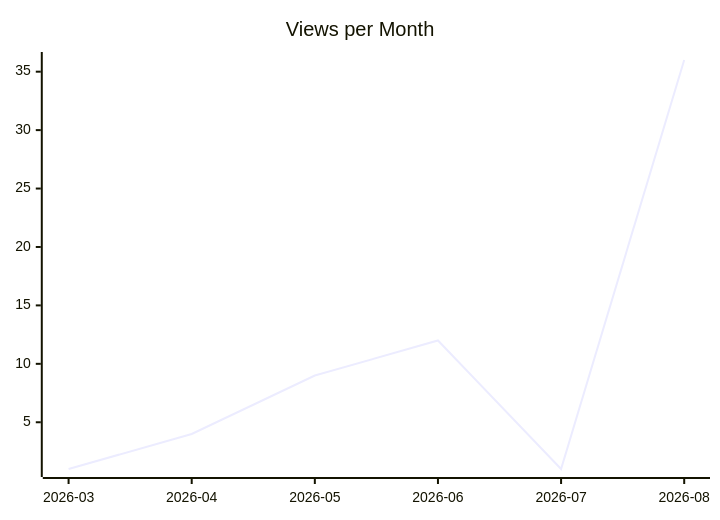
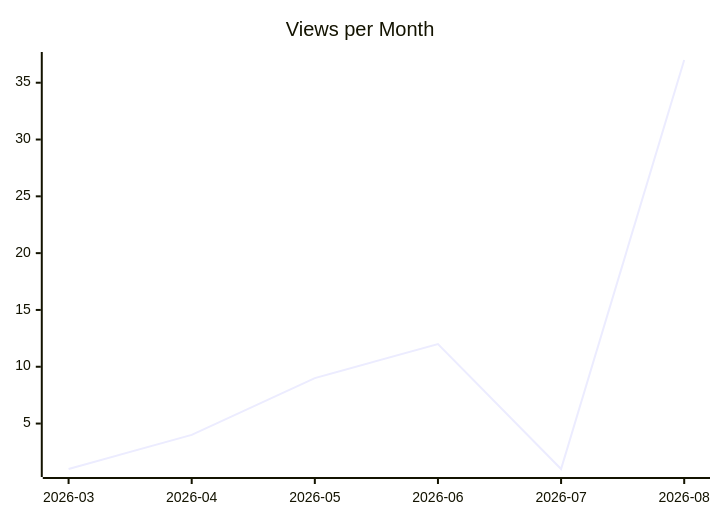
Before and after one commit to justdavis-family/github-analytics-data: the second of 3 diagrams in justdavis-family/justdavis/README.md, drawn with Mermaid. The commit also changed other lines of this file and 190 other files, not shown here.

````diff
--- a/justdavis-family/justdavis/README.md
+++ b/justdavis-family/justdavis/README.md
@@ -12,6 +12,6 @@
 ```mermaid
 xychart-beta
   title "Views per Month"
   x-axis ["2026-03", "2026-04", "2026-05", "2026-06", "2026-07", "2026-08"]
-  line [1, 4, 9, 12, 1, 36]
+  line [1, 4, 9, 12, 1, 37]
 ```
````
